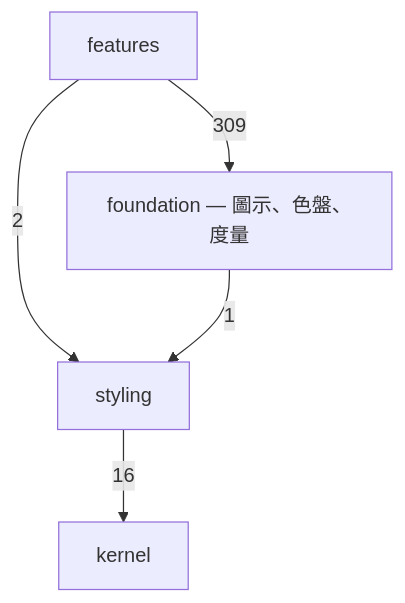
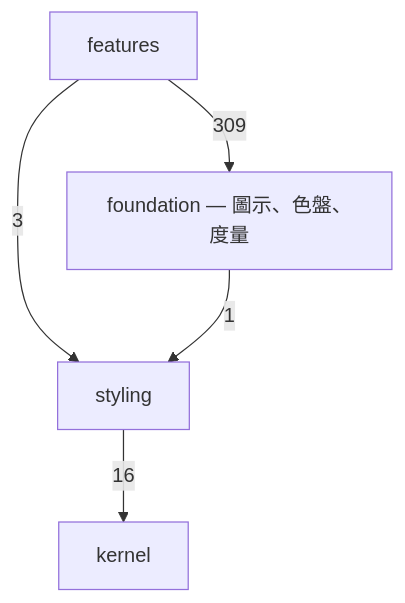
The first of 2 diagrams in spec/component-inventory.md (MiuDog/Kallopis), drawn with Mermaid before and after one commit. The commit also changed other lines of this file and 1 other file, not shown here.

````diff
--- a/spec/component-inventory.md
+++ b/spec/component-inventory.md
@@ -18,8 +18,8 @@
 ```mermaid
 graph TD
   foundation["foundation — 圖示、色盤、度量"]
   features -->|309| foundation
   styling -->|16| kernel
-  features -->|2| styling
+  features -->|3| styling
   foundation -->|1| styling
 ```
````
